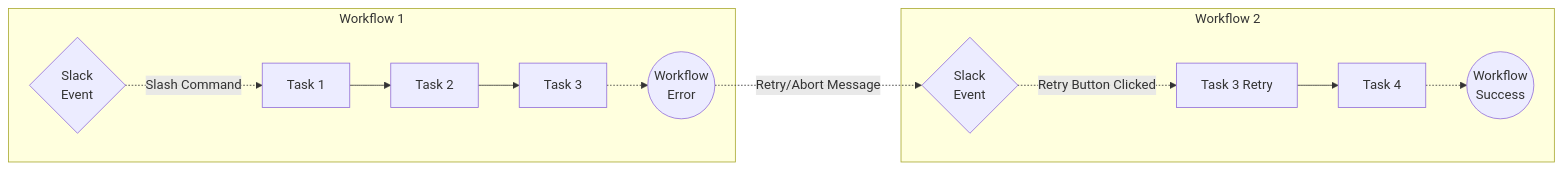
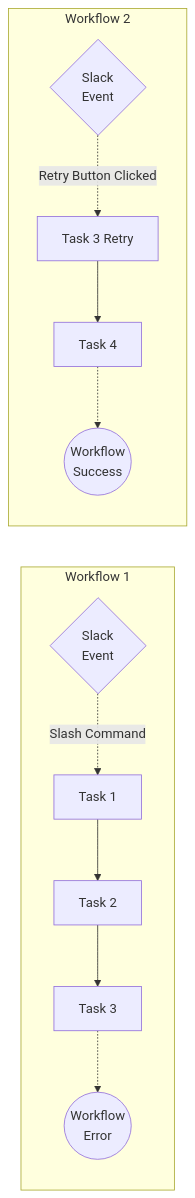
The diagram in task_chain/README.md (autokitteh/kittehub), drawn with Mermaid before and after one commit.

Commit message:
Flowchart tweak

````diff
--- a/task_chain/README.md
+++ b/task_chain/README.md
@@ -19,23 +19,22 @@
 ```mermaid
 flowchart LR
     slack1{"`Slack
     Event`"}
     slack2{"`Slack
     Event`"}
     task1[Task 1]
     task2[Task 2]
     task3a[Task 3]
     task3b[Task 3 Retry]
     task4[Task 4]
     error(("`Workflow
     Error`"))
     success(("`Workflow
     Success`"))
     subgraph Workflow 1
     slack1 -. Slash Command .-> task1 --> task2 --> task3a -.-> error
     end
     subgraph Workflow 2
     slack2 -. Retry Button Clicked .-> task3b --> task4 -.-> success
     end
-    error -. Retry/Abort Message .-> slack2
 ```
````
